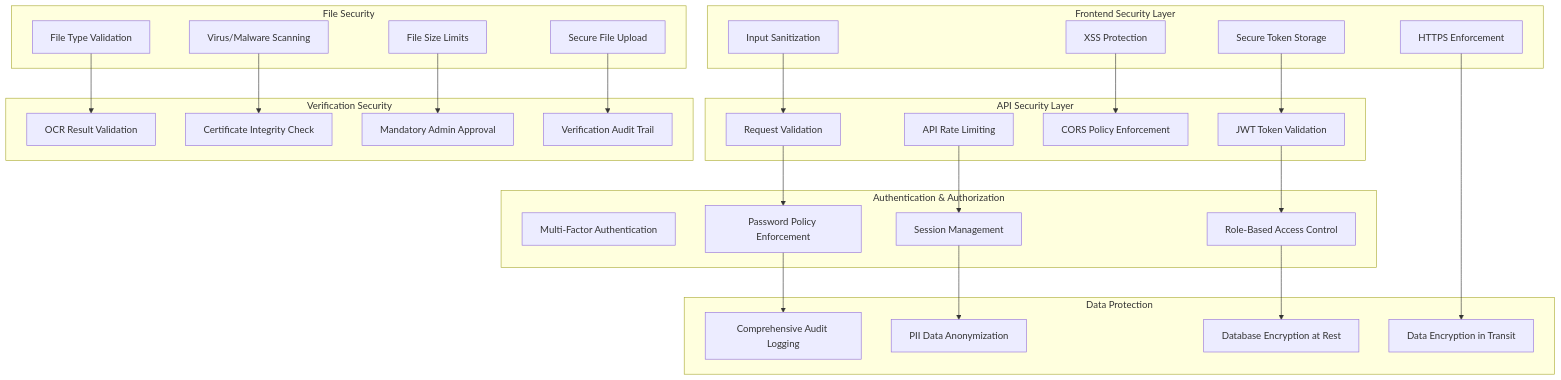
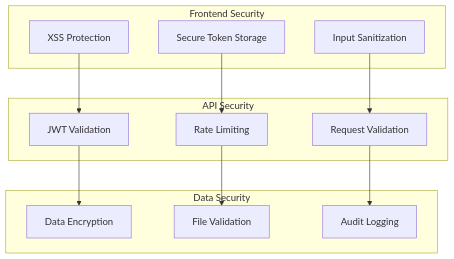
Diagram 14 of 14 in .kiro/specs/ai-judiciary-platform/architecture-diagrams.md (Nachiket2004/Judiciary_System), drawn with Mermaid before and after one commit. The commit also changed other lines of this file, not shown here.

````diff
--- a/.kiro/specs/ai-judiciary-platform/architecture-diagrams.md
+++ b/.kiro/specs/ai-judiciary-platform/architecture-diagrams.md
@@ -960,62 +799,28 @@
 ```mermaid
 graph TB
-    subgraph "Frontend Security Layer"
+    subgraph "Frontend Security"
         INPUT_SANITIZATION[Input Sanitization]
         XSS_PROTECTION[XSS Protection]
         SECURE_STORAGE[Secure Token Storage]
-        HTTPS_ENFORCEMENT[HTTPS Enforcement]
     end
     
-    subgraph "API Security Layer"
-        JWT_VALIDATION[JWT Token Validation]
-        RATE_LIMITING[API Rate Limiting]
-        CORS_POLICY[CORS Policy Enforcement]
+    subgraph "API Security"
+        JWT_VALIDATION[JWT Validation]
+        RATE_LIMITING[Rate Limiting]
         REQUEST_VALIDATION[Request Validation]
     end
     
-    subgraph "Authentication & Authorization"
-        MULTI_FACTOR_AUTH[Multi-Factor Authentication]
-        ROLE_BASED_ACCESS[Role-Based Access Control]
-        SESSION_MANAGEMENT[Session Management]
-        PASSWORD_POLICY[Password Policy Enforcement]
-    end
-    
-    subgraph "Data Protection"
-        ENCRYPTION_AT_REST[Database Encryption at Rest]
-        ENCRYPTION_IN_TRANSIT[Data Encryption in Transit]
-        PII_ANONYMIZATION[PII Data Anonymization]
-        AUDIT_LOGGING[Comprehensive Audit Logging]
-    end
-    
-    subgraph "File Security"
-        FILE_TYPE_VALIDATION[File Type Validation]
-        VIRUS_SCANNING[Virus/Malware Scanning]
-        SIZE_LIMITS[File Size Limits]
-        SECURE_UPLOAD[Secure File Upload]
-    end
-    
-    subgraph "Verification Security"
-        OCR_VALIDATION[OCR Result Validation]
-        CERTIFICATE_INTEGRITY[Certificate Integrity Check]
-        ADMIN_APPROVAL[Mandatory Admin Approval]
-        VERIFICATION_AUDIT[Verification Audit Trail]
+    subgraph "Data Security"
+        ENCRYPTION[Data Encryption]
+        FILE_VALIDATION[File Validation]
+        AUDIT_LOGGING[Audit Logging]
     end
     
     INPUT_SANITIZATION --> REQUEST_VALIDATION
-    XSS_PROTECTION --> CORS_POLICY
-    SECURE_STORAGE --> JWT_VALIDATION
-    HTTPS_ENFORCEMENT --> ENCRYPTION_IN_TRANSIT
+    XSS_PROTECTION --> JWT_VALIDATION
+    SECURE_STORAGE --> RATE_LIMITING
     
-    JWT_VALIDATION --> ROLE_BASED_ACCESS
-    RATE_LIMITING --> SESSION_MANAGEMENT
-    REQUEST_VALIDATION --> PASSWORD_POLICY
-    
-    ROLE_BASED_ACCESS --> ENCRYPTION_AT_REST
-    SESSION_MANAGEMENT --> PII_ANONYMIZATION
-    PASSWORD_POLICY --> AUDIT_LOGGING
-    
-    FILE_TYPE_VALIDATION --> OCR_VALIDATION
-    VIRUS_SCANNING --> CERTIFICATE_INTEGRITY
-    SIZE_LIMITS --> ADMIN_APPROVAL
-    SECURE_UPLOAD --> VERIFICATION_AUDIT
+    JWT_VALIDATION --> ENCRYPTION
+    RATE_LIMITING --> FILE_VALIDATION
+    REQUEST_VALIDATION --> AUDIT_LOGGING
 ```
````
